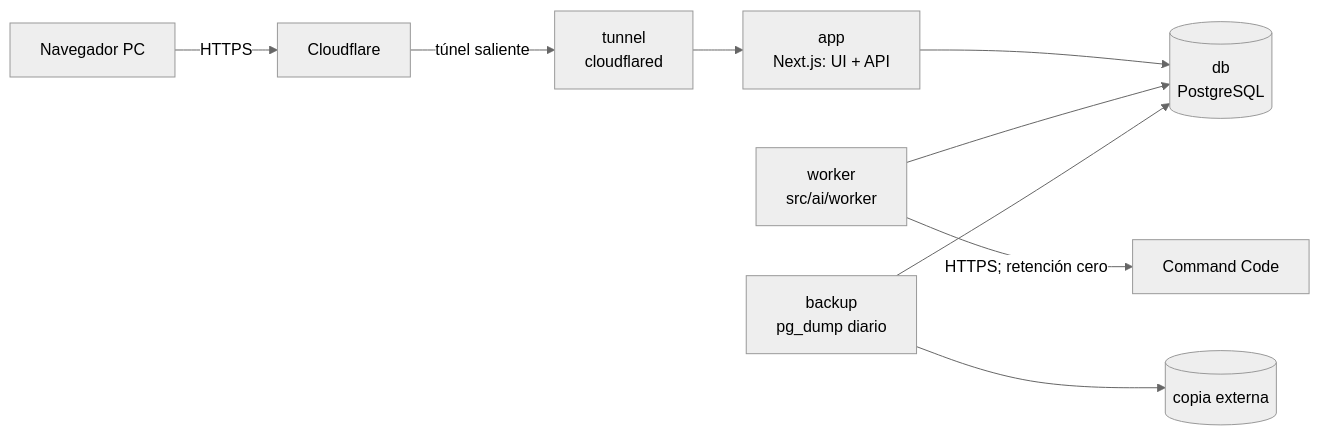
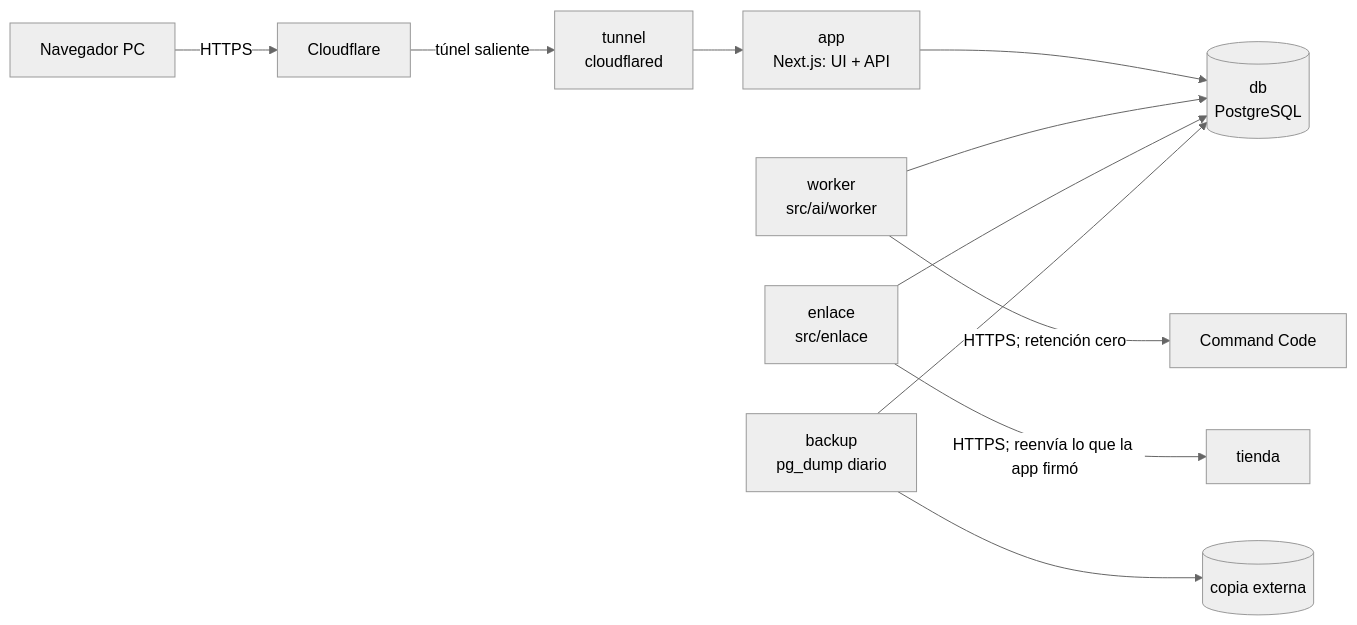
Before and after one commit to Allopze/crm-fabrica-neltume: the first of 2 diagrams in DESIGN.md, drawn with Mermaid (neutral theme). The commit also changed other lines of this file and 73 other files, not shown here.

````diff
--- a/DESIGN.md
+++ b/DESIGN.md
@@ -7,11 +7,13 @@
 ```mermaid
 flowchart LR
   U[Navegador PC] -->|HTTPS| CF[Cloudflare]
   CF -->|túnel saliente| T[tunnel<br/>cloudflared]
   T --> A[app<br/>Next.js: UI + API]
   A --> D[(db<br/>PostgreSQL)]
   W[worker<br/>src/ai/worker] --> D
   W -->|HTTPS; retención cero| L[Command Code]
+  E[enlace<br/>src/enlace] --> D
+  E -->|HTTPS; reenvía lo que la app firmó| S[tienda]
   B[backup<br/>pg_dump diario] --> D
   B --> X[(copia externa)]
 ```
````
